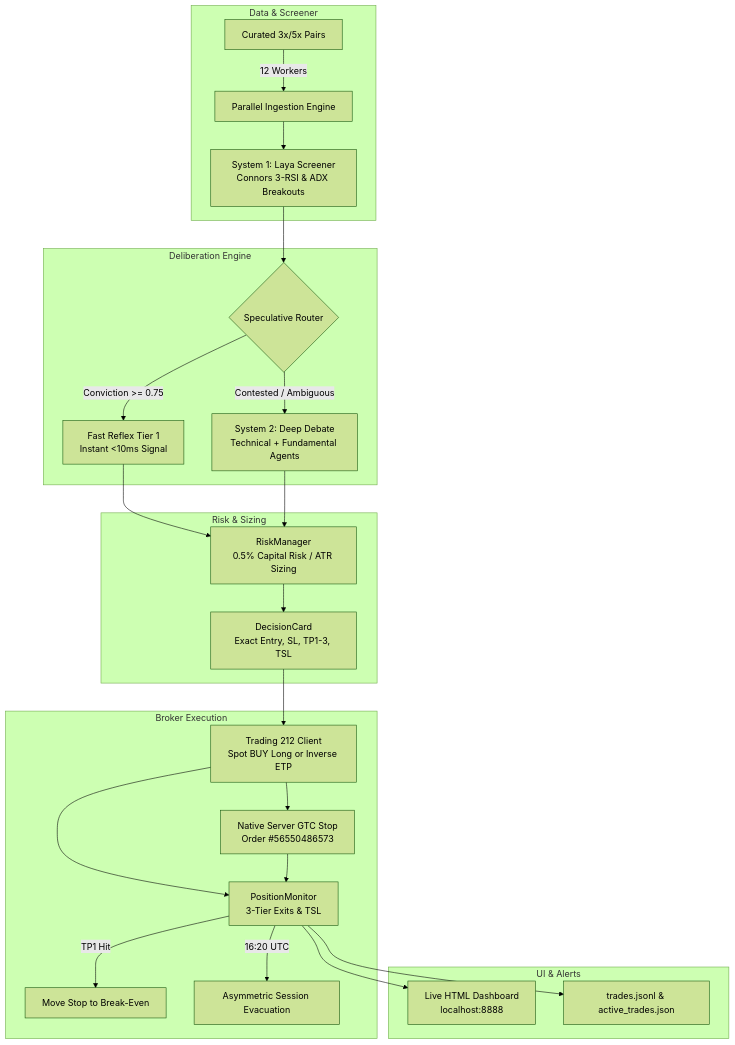
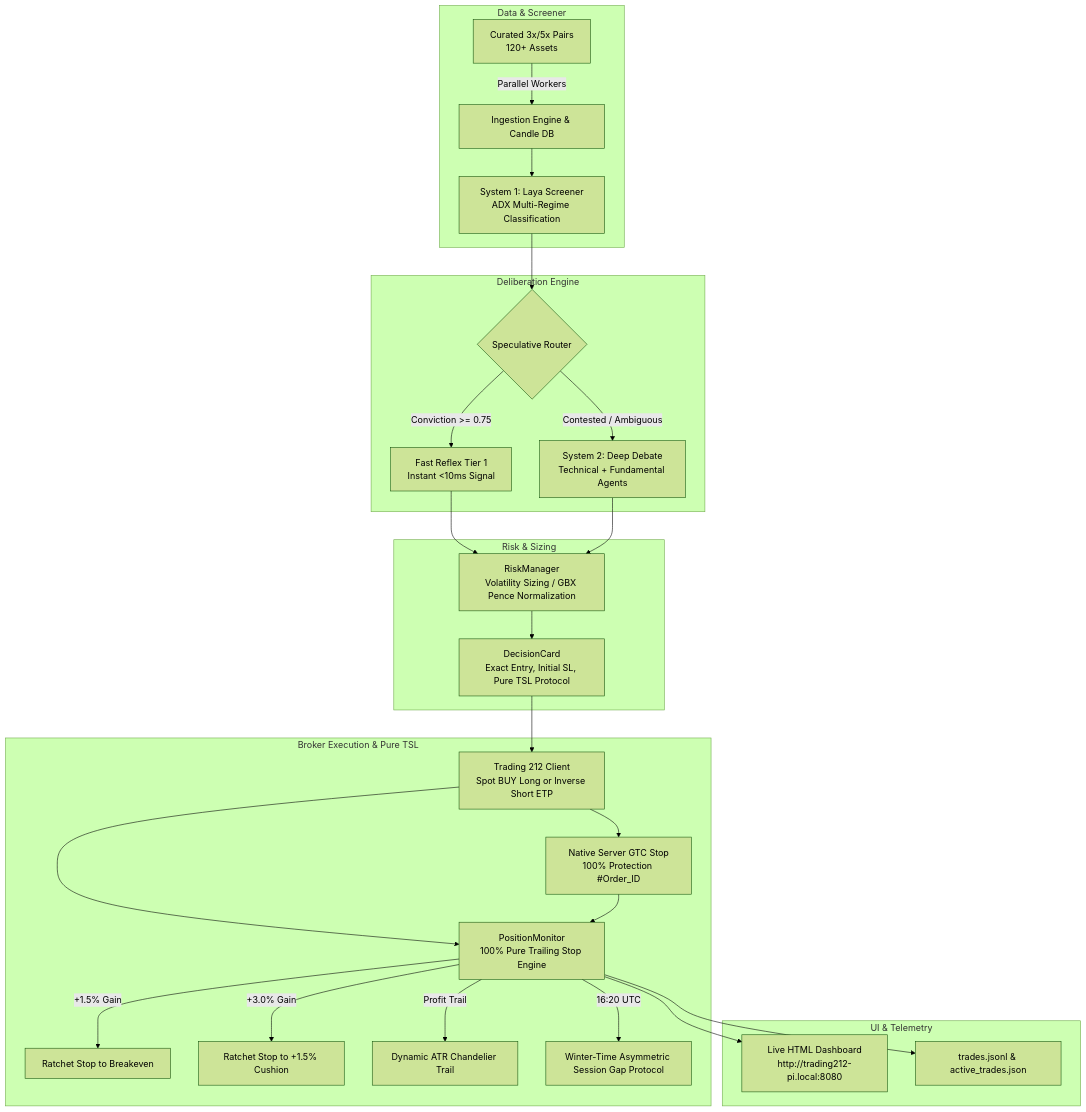
The diagram in README.md (shahpratik1/leverage_t212), drawn with Mermaid (forest theme) before and after one commit. The commit also changed other lines of this file and 5 other files, not shown here.

First line of the commit message:
docs(architecture): update system architecture, dashboard telemetry, and contracts for pure TSL

````diff
--- a/README.md
+++ b/README.md
@@ -39,33 +42,35 @@
 ```mermaid
 flowchart TD
     subgraph Data & Screener
-        U[Curated 3x/5x Pairs] -->|12 Workers| S[Parallel Ingestion Engine]
-        S --> L1[System 1: Laya Screener\nConnors 3-RSI & ADX Breakouts]
+        U[Curated 3x/5x Pairs\n120+ Assets] -->|Parallel Workers| S[Ingestion Engine & Candle DB]
+        S --> L1[System 1: Laya Screener\nADX Multi-Regime Classification]
     end
 
     subgraph Deliberation Engine
         L1 --> R{Speculative Router}
         R -->|Conviction >= 0.75| REFLEX[Fast Reflex Tier 1\nInstant <10ms Signal]
         R -->|Contested / Ambiguous| DEEP[System 2: Deep Debate\nTechnical + Fundamental Agents]
     end
 
     subgraph Risk & Sizing
-        REFLEX --> RISK[RiskManager\n0.5% Capital Risk / ATR Sizing]
+        REFLEX --> RISK[RiskManager\nVolatility Sizing / GBX Pence Normalization]
         DEEP --> RISK
-        RISK --> CARD[DecisionCard\nExact Entry, SL, TP1-3, TSL]
+        RISK --> CARD[DecisionCard\nExact Entry, Initial SL, Pure TSL Protocol]
     end
 
-    subgraph Broker Execution
-        CARD --> T212[Trading 212 Client\nSpot BUY Long or Inverse ETP]
-        T212 --> STOP[Native Server GTC Stop\nOrder #56550486573]
-        T212 --> MON[PositionMonitor\n3-Tier Exits & TSL]
+    subgraph Broker Execution & Pure TSL
+        CARD --> T212[Trading 212 Client\nSpot BUY Long or Inverse Short ETP]
+        T212 --> STOP[Native Server GTC Stop\n100% Protection #Order_ID]
+        T212 --> MON[PositionMonitor\n100% Pure Trailing Stop Engine]
         STOP --> MON
-        MON -->|TP1 Hit| BE[Move Stop to Break-Even]
-        MON -->|16:20 UTC| ASYM[Asymmetric Session Evacuation]
+        MON -->|+1.5% Gain| BE[Ratchet Stop to Breakeven]
+        MON -->|+3.0% Gain| CUSH[Ratchet Stop to +1.5% Cushion]
+        MON -->|Profit Trail| ATR[Dynamic ATR Chandelier Trail]
+        MON -->|16:20 UTC| ASYM[Winter-Time Asymmetric Session Gap Protocol]
     end
 
-    subgraph UI & Alerts
-        MON --> DASH[Live HTML Dashboard\nlocalhost:8888]
+    subgraph UI & Telemetry
+        MON --> DASH[Live HTML Dashboard\nhttp://trading212-pi.local:8080]
         MON --> LOGS[trades.jsonl & active_trades.json]
     end
 ```
````
